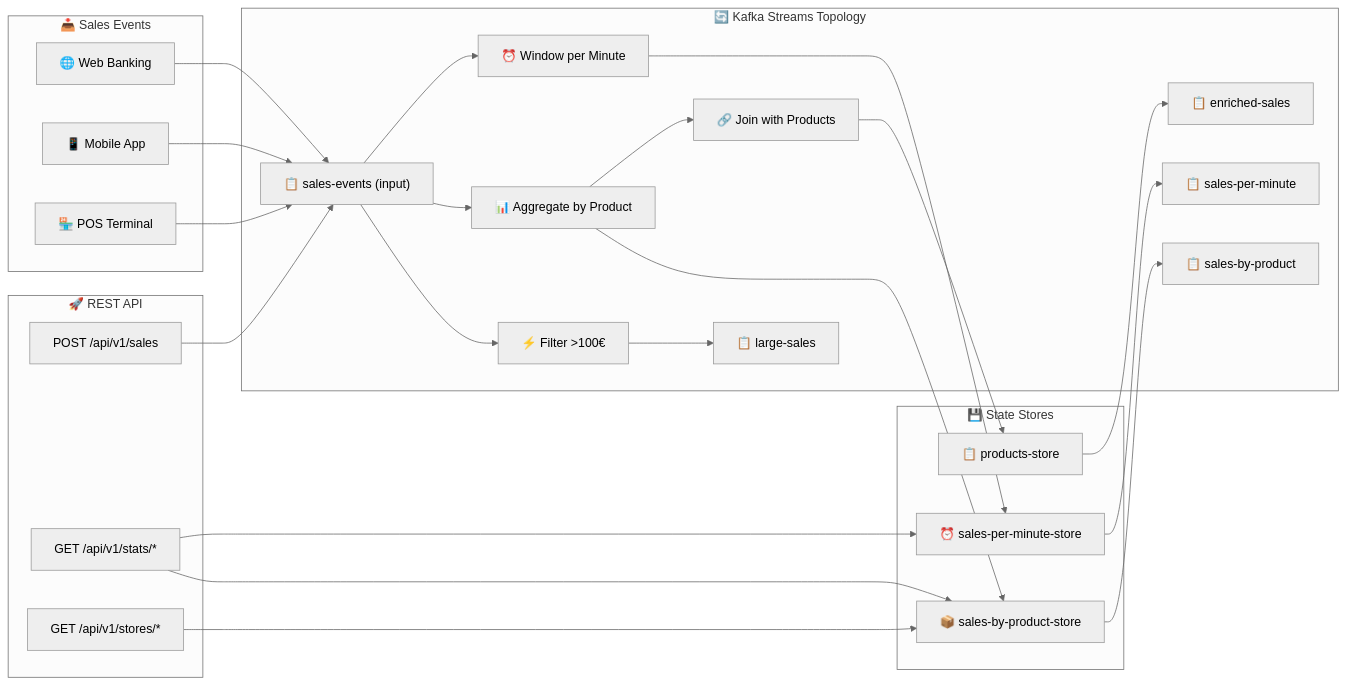
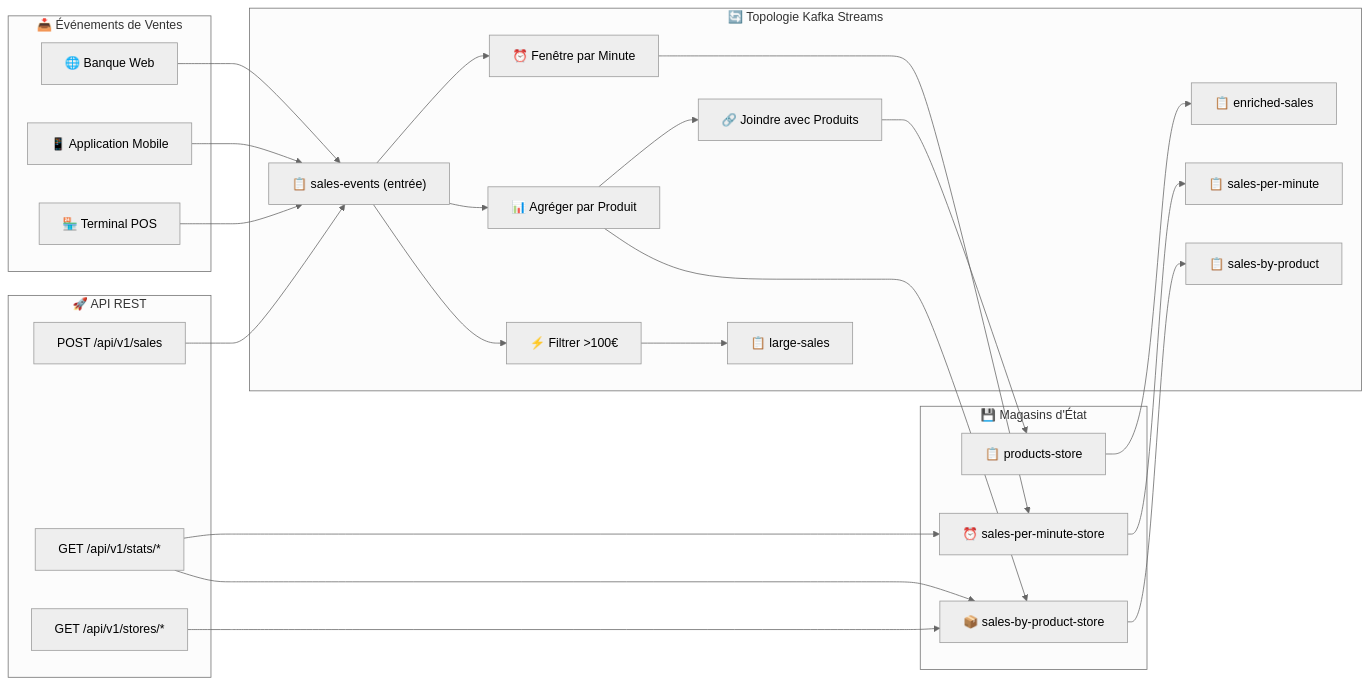
One commit to msellamiTN/formation--kafka-dotnet changed the diagram in day-03-integration/module-05-kafka-streams-ksqldb/java/README.md. Above: the diagram before and after it, drawn with Mermaid (neutral theme). The commit also changed other lines of this file and 1 other file, not shown here.

Commit message:
check api java stream and update readme

````diff
--- a/day-03-integration/module-05-kafka-streams-ksqldb/java/README.md
+++ b/day-03-integration/module-05-kafka-streams-ksqldb/java/README.md
@@ -23,45 +23,45 @@
 ```mermaid
 flowchart LR
-    subgraph Sources["📥 Sales Events"]
-        WEB["🌐 Web Banking"]
-        MOB["📱 Mobile App"]
-        POS["🏪 POS Terminal"]
+    subgraph Sources["📥 Événements de Ventes"]
+        WEB["🌐 Banque Web"]
+        MOB["📱 Application Mobile"]
+        POS["🏪 Terminal POS"]
     end
 
-    subgraph Streams["🔄 Kafka Streams Topology"]
-        IN["📋 sales-events (input)"]
-        FILTER["⚡ Filter >100€"]
-        AGG["📊 Aggregate by Product"]
-        WIN["⏰ Window per Minute"]
-        JOIN["🔗 Join with Products"]
+    subgraph Streams["🔄 Topologie Kafka Streams"]
+        IN["📋 sales-events (entrée)"]
+        FILTER["⚡ Filtrer >100€"]
+        AGG["📊 Agréger par Produit"]
+        WIN["⏰ Fenêtre par Minute"]
+        JOIN["🔗 Joindre avec Produits"]
         OUT1["📋 large-sales"]
         OUT2["📋 sales-by-product"]
         OUT3["📋 sales-per-minute"]
         OUT4["📋 enriched-sales"]
     end
 
-    subgraph Stores["💾 State Stores"]
+    subgraph Stores["💾 Magasins d'État"]
         PROD_STORE["📦 sales-by-product-store"]
         WIN_STORE["⏰ sales-per-minute-store"]
         PROD_REF["📋 products-store"]
     end
 
-    subgraph API["🚀 REST API"]
+    subgraph API["🚀 API REST"]
         POST["POST /api/v1/sales"]
         STATS["GET /api/v1/stats/*"]
         STORE["GET /api/v1/stores/*"]
     end
 
     WEB --> IN
     MOB --> IN
     POS --> IN
     IN --> FILTER
     FILTER --> OUT1
     IN --> AGG --> PROD_STORE --> OUT2
     IN --> WIN --> WIN_STORE --> OUT3
     AGG --> JOIN --> PROD_REF --> OUT4
     POST --> IN
     STATS --> PROD_STORE
     STATS --> WIN_STORE
     STORE --> PROD_STORE
 ```
````
